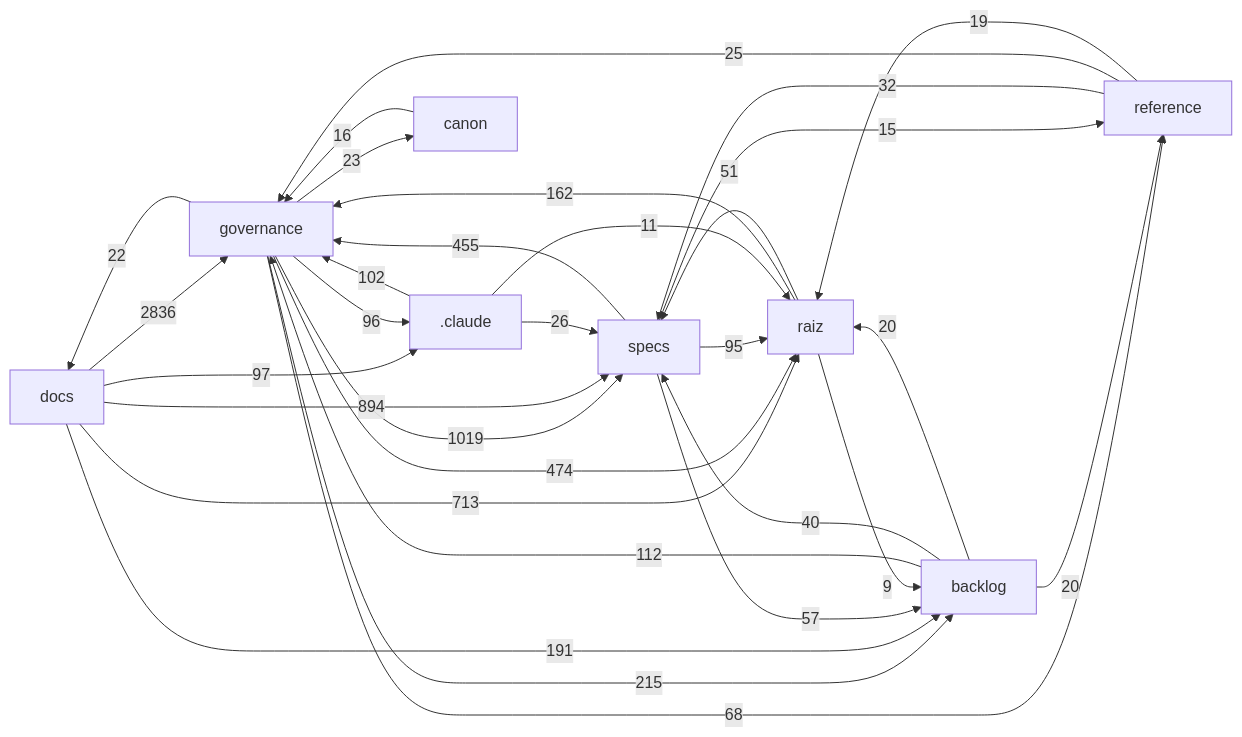
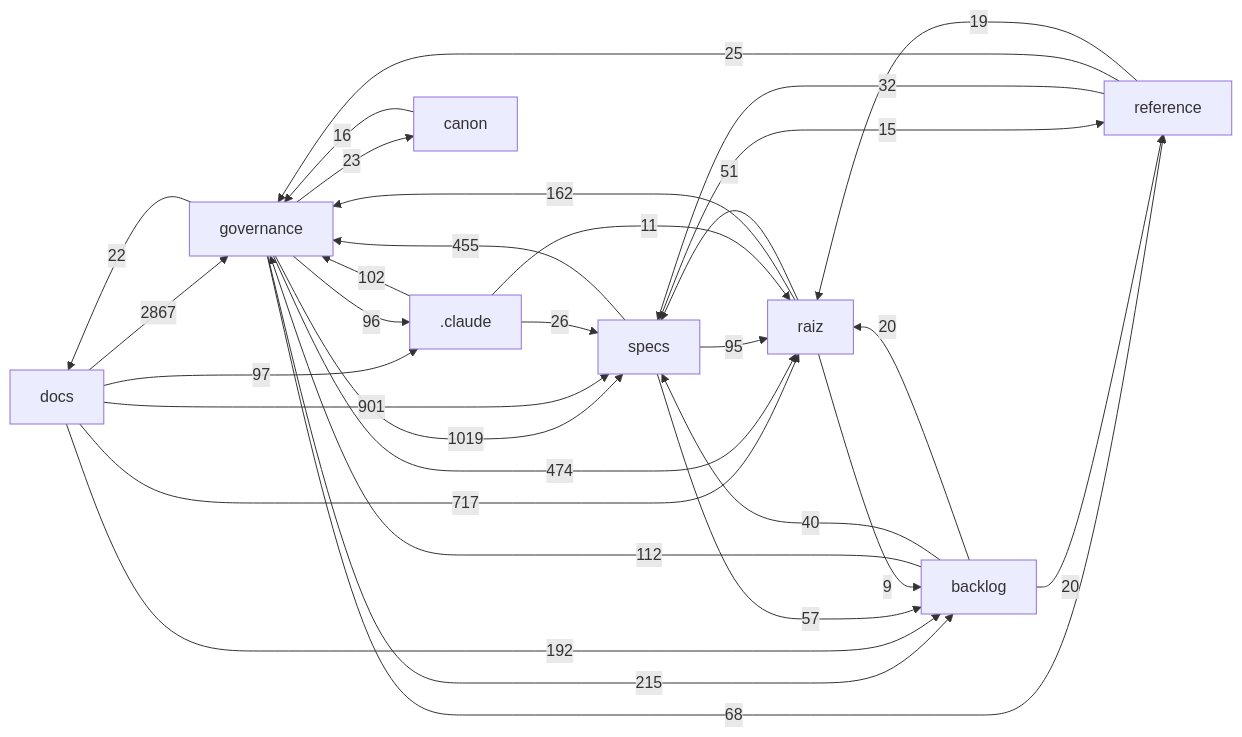
One commit to Andraus35/Sistema-Operacional-de-Trading--SOT changed the diagram in docs/mapa/MAPA-PROJETO.md. Above: the diagram before and after it, drawn with Mermaid. The commit also changed other lines of this file and 3 other files, not shown here.

````diff
--- a/docs/mapa/MAPA-PROJETO.md
+++ b/docs/mapa/MAPA-PROJETO.md
@@ -29,33 +29,33 @@
 ```mermaid
 flowchart LR
-  docs["docs"] -->|2836| governance["governance"]
+  docs["docs"] -->|2867| governance["governance"]
   governance["governance"] -->|1019| specs["specs"]
-  docs["docs"] -->|894| specs["specs"]
-  docs["docs"] -->|713| raiz["raiz"]
+  docs["docs"] -->|901| specs["specs"]
+  docs["docs"] -->|717| raiz["raiz"]
   governance["governance"] -->|474| raiz["raiz"]
   specs["specs"] -->|455| governance["governance"]
   governance["governance"] -->|215| backlog["backlog"]
-  docs["docs"] -->|191| backlog["backlog"]
+  docs["docs"] -->|192| backlog["backlog"]
   raiz["raiz"] -->|162| governance["governance"]
   backlog["backlog"] -->|112| governance["governance"]
   _claude[".claude"] -->|102| governance["governance"]
   docs["docs"] -->|97| _claude[".claude"]
   governance["governance"] -->|96| _claude[".claude"]
   specs["specs"] -->|95| raiz["raiz"]
   governance["governance"] -->|68| reference["reference"]
   specs["specs"] -->|57| backlog["backlog"]
   raiz["raiz"] -->|51| specs["specs"]
   backlog["backlog"] -->|40| specs["specs"]
   reference["reference"] -->|32| specs["specs"]
   _claude[".claude"] -->|26| specs["specs"]
   reference["reference"] -->|25| governance["governance"]
   governance["governance"] -->|23| canon["canon"]
   governance["governance"] -->|22| docs["docs"]
   backlog["backlog"] -->|20| raiz["raiz"]
   backlog["backlog"] -->|20| reference["reference"]
   reference["reference"] -->|19| raiz["raiz"]
   canon["canon"] -->|16| governance["governance"]
   specs["specs"] -->|15| reference["reference"]
   _claude[".claude"] -->|11| raiz["raiz"]
   raiz["raiz"] -->|9| backlog["backlog"]
 ```
````
